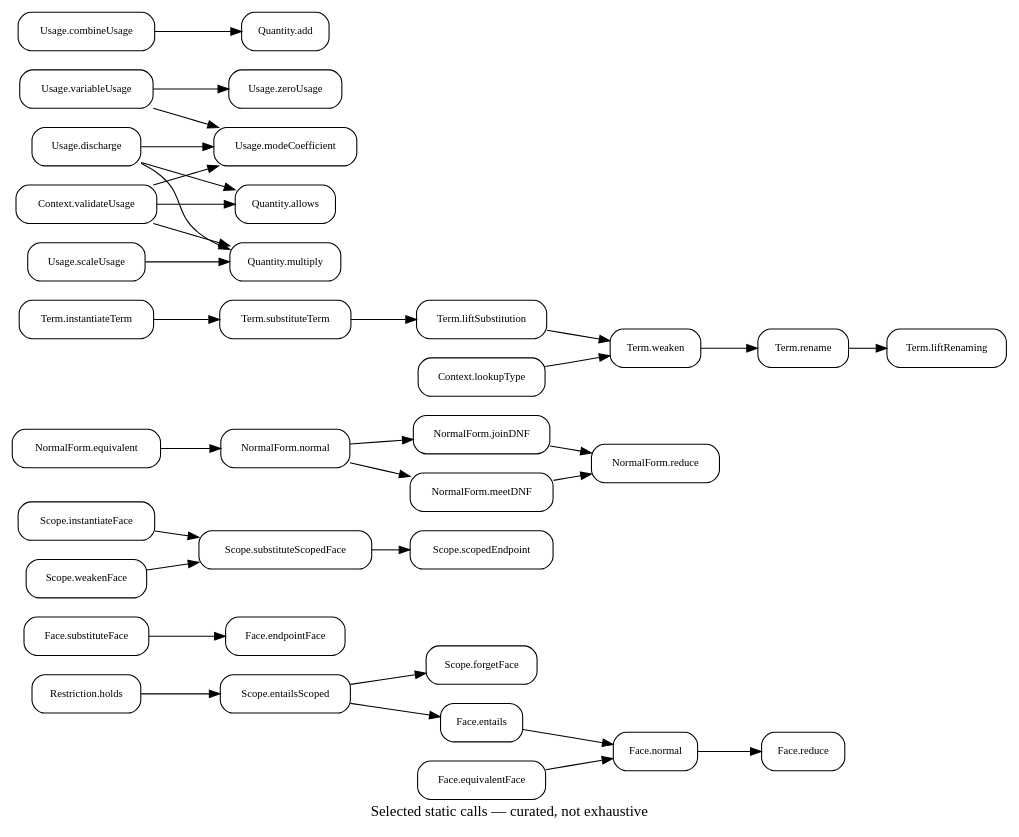
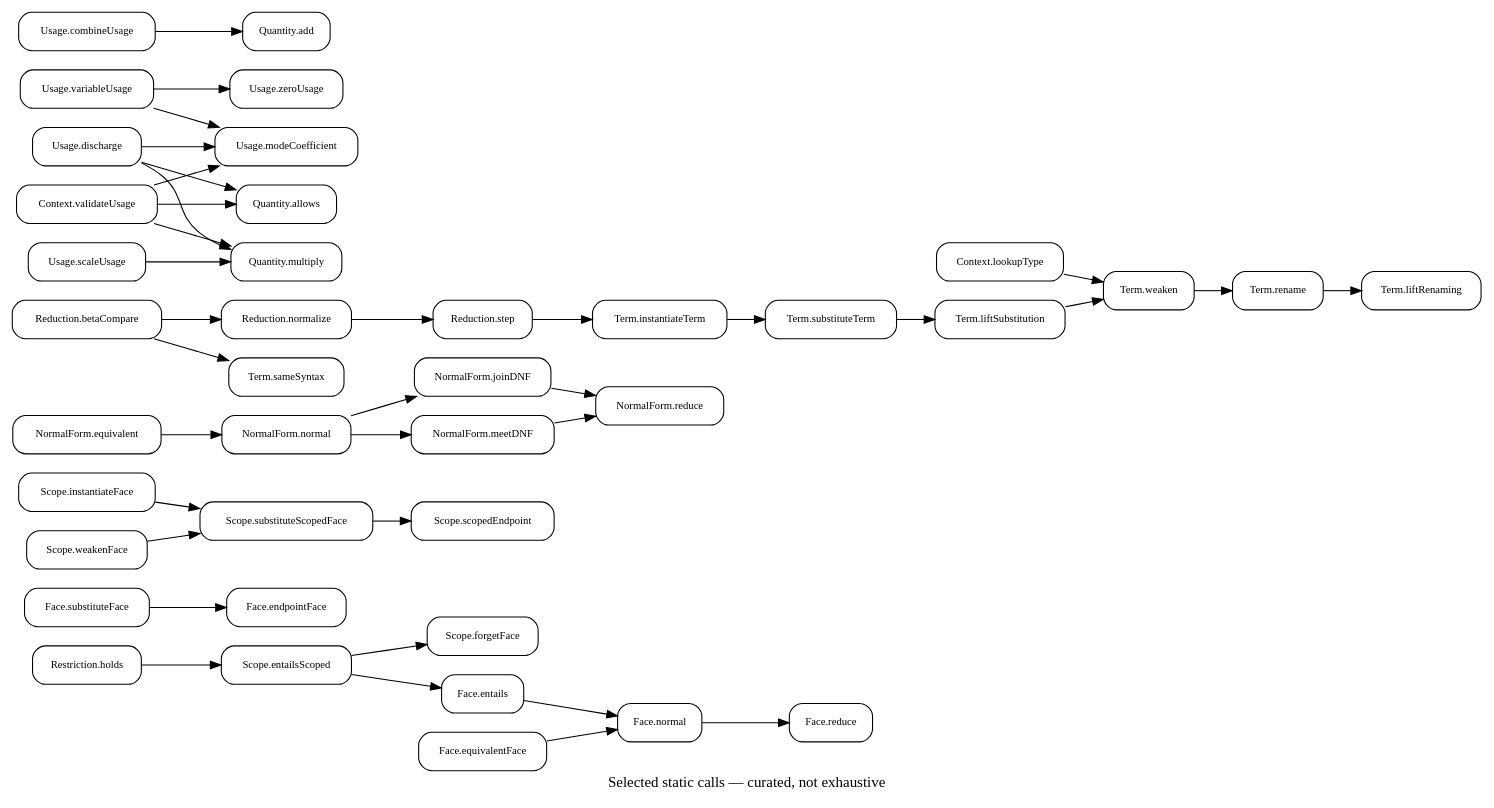
The diagram in docs/diagrams/calls.dot (odunboye/fibril), drawn with Graphviz before and after one commit. The commit also changed 12 other files, not shown here.

Commit message:
Add bounded reference beta reduction and three-way conversion results

```diff
--- a/docs/diagrams/calls.dot
+++ b/docs/diagrams/calls.dot
@@ -1,26 +1,29 @@
 digraph Calls {
 rankdir=LR; node [shape=box,style=rounded,fontsize=10];
 "Restriction.holds" -> "Scope.entailsScoped";
 "Scope.entailsScoped" -> {"Scope.forgetFace" "Face.entails"};
 "Face.entails" -> "Face.normal"; "Face.equivalentFace" -> "Face.normal";
 "Face.normal" -> "Face.reduce";
 "Face.substituteFace" -> "Face.endpointFace";
 "Scope.substituteScopedFace" -> "Scope.scopedEndpoint";
 "Scope.instantiateFace" -> "Scope.substituteScopedFace";
 "Scope.weakenFace" -> "Scope.substituteScopedFace";
 "NormalForm.equivalent" -> "NormalForm.normal";
 "NormalForm.normal" -> {"NormalForm.joinDNF" "NormalForm.meetDNF"};
 "NormalForm.joinDNF" -> "NormalForm.reduce";
 "NormalForm.meetDNF" -> "NormalForm.reduce";
 "Term.instantiateTerm" -> "Term.substituteTerm";
 "Term.substituteTerm" -> "Term.liftSubstitution";
 "Term.liftSubstitution" -> "Term.weaken";
 "Term.weaken" -> "Term.rename"; "Term.rename" -> "Term.liftRenaming";
 "Usage.discharge" -> {"Usage.modeCoefficient" "Quantity.multiply" "Quantity.allows"};
 "Usage.variableUsage" -> {"Usage.modeCoefficient" "Usage.zeroUsage"};
 "Usage.combineUsage" -> "Quantity.add";
 "Usage.scaleUsage" -> "Quantity.multiply";
 "Context.lookupType" -> "Term.weaken";
 "Context.validateUsage" -> {"Usage.modeCoefficient" "Quantity.multiply" "Quantity.allows"};
+"Reduction.betaCompare" -> {"Reduction.normalize" "Term.sameSyntax"};
+"Reduction.normalize" -> "Reduction.step";
+"Reduction.step" -> "Term.instantiateTerm";
 label="Selected static calls — curated, not exhaustive";
 }
```
